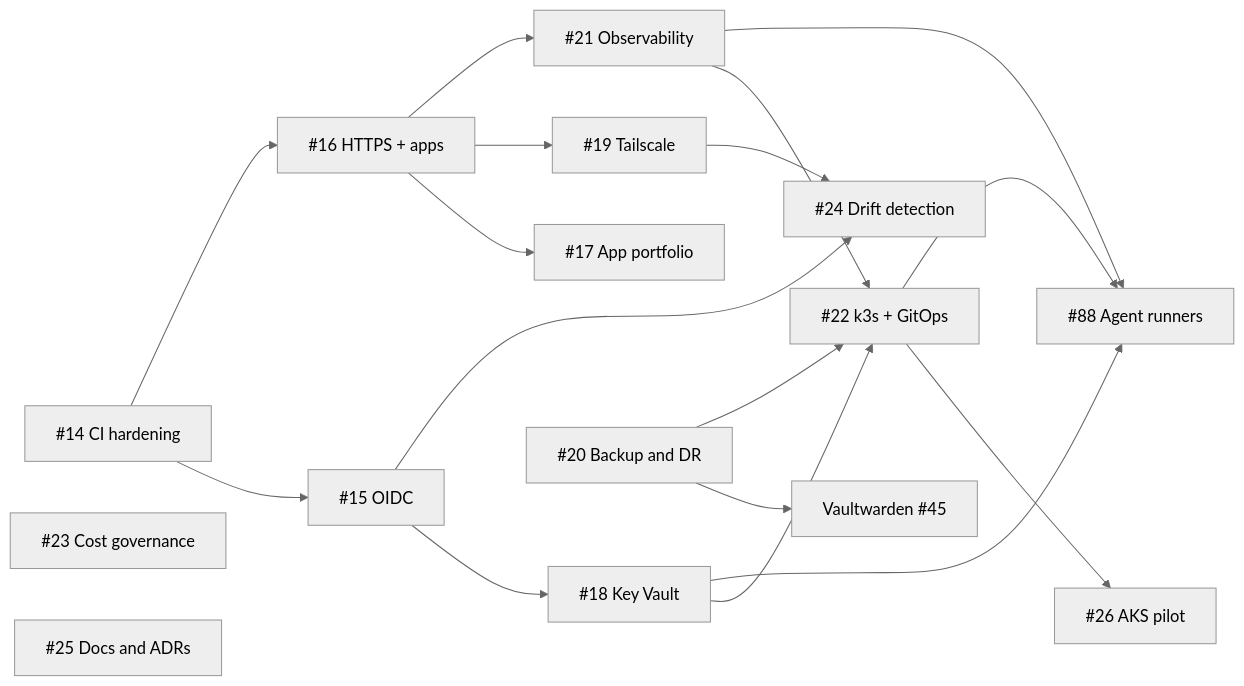
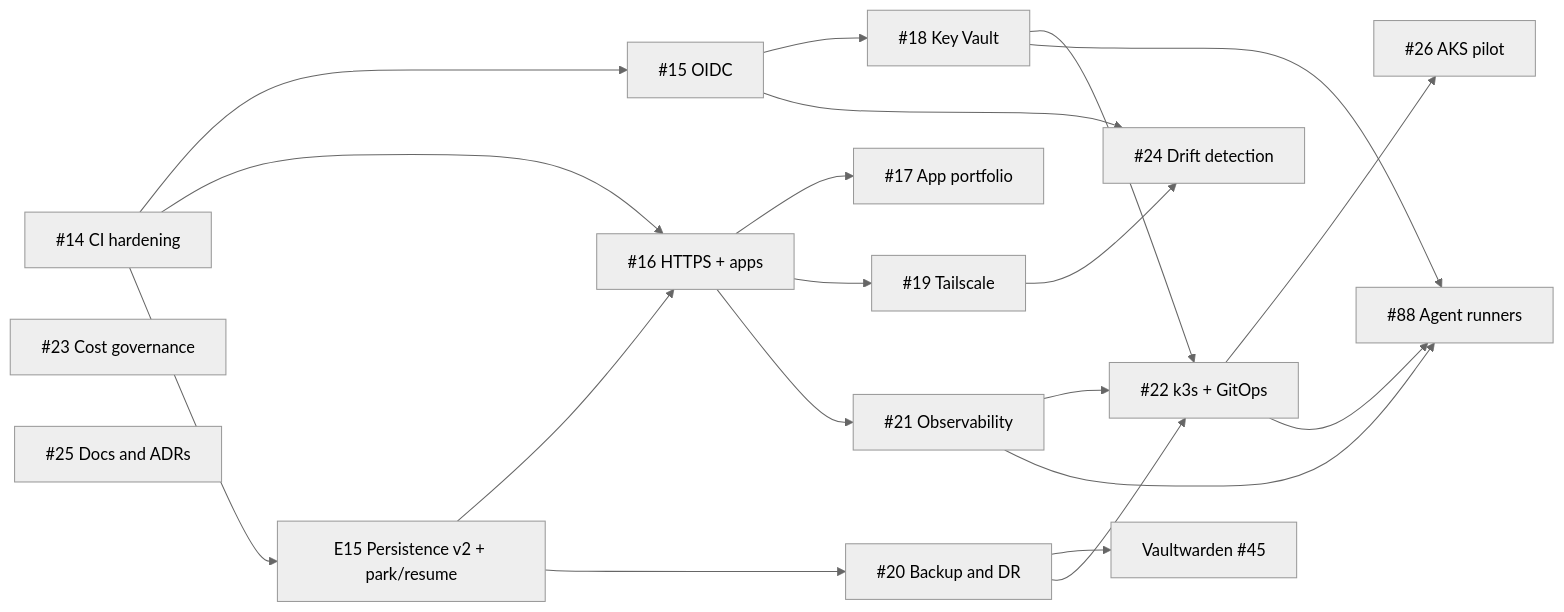
One commit to 114snehasish/homelab-azure-public changed the diagram in docs/roadmap.md. Above: the diagram before and after it, drawn with Mermaid (neutral theme). The commit also changed other lines of this file, not shown here.

First line of the commit message:
docs: add E15 persistence-v2 + park/resume epic; encode ephemeral-compute operating model

````diff
--- a/docs/roadmap.md
+++ b/docs/roadmap.md
@@ -50,21 +54,24 @@
 ```mermaid
 graph LR
   E01[#14 CI hardening] --> E02[#15 OIDC]
   E01 --> E03[#16 HTTPS + apps]
   E02 --> E05[#18 Key Vault]
   E03 --> E04[#17 App portfolio]
   E03 --> E06[#19 Tailscale]
   E03 --> E08[#21 Observability]
   E05 --> E09[#22 k3s + GitOps]
   E07[#20 Backup and DR] --> E04v[Vaultwarden #45]
   E07 --> E09
   E08 --> E09
   E02 --> E11[#24 Drift detection]
   E06 --> E11
   E09 --> E13[#26 AKS pilot]
   E09 --> E14[#88 Agent runners]
   E05 --> E14
   E08 --> E14
+  E01 --> E15[E15 Persistence v2 + park/resume]
+  E15 --> E03
+  E15 --> E07
   E10[#23 Cost governance]
   E12[#25 Docs and ADRs]
 ```
````
